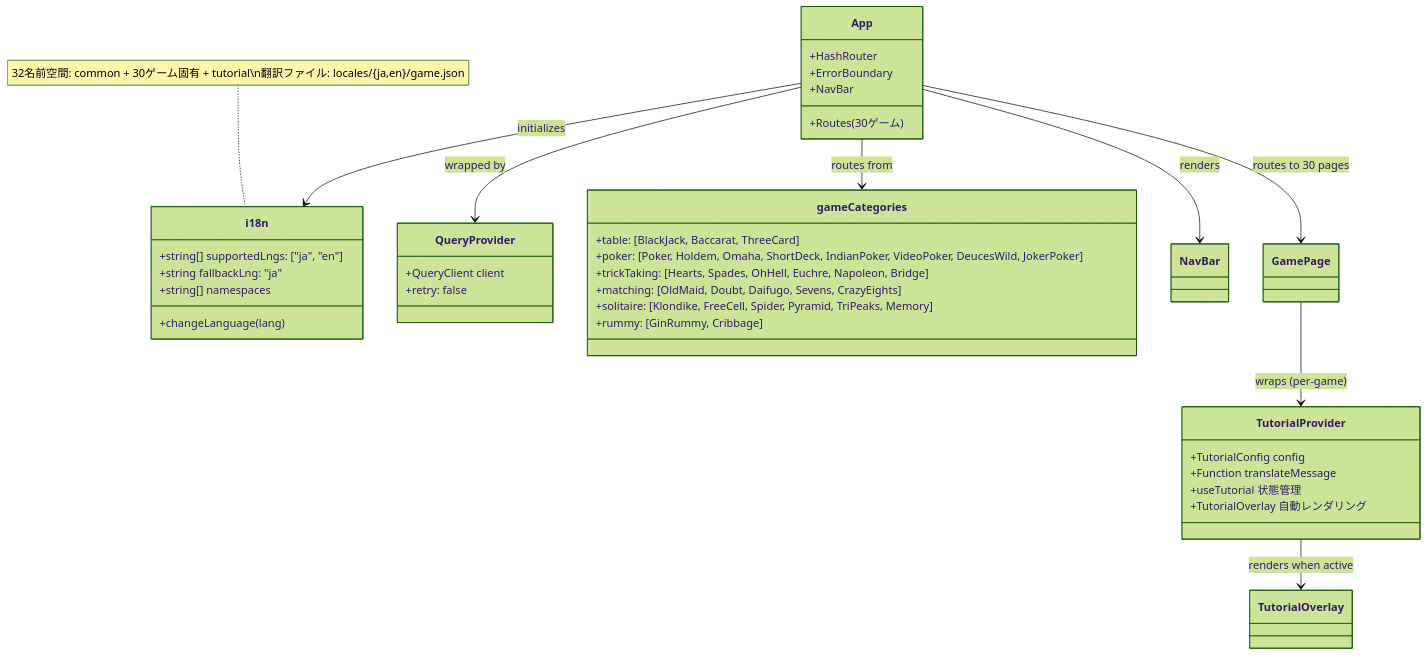
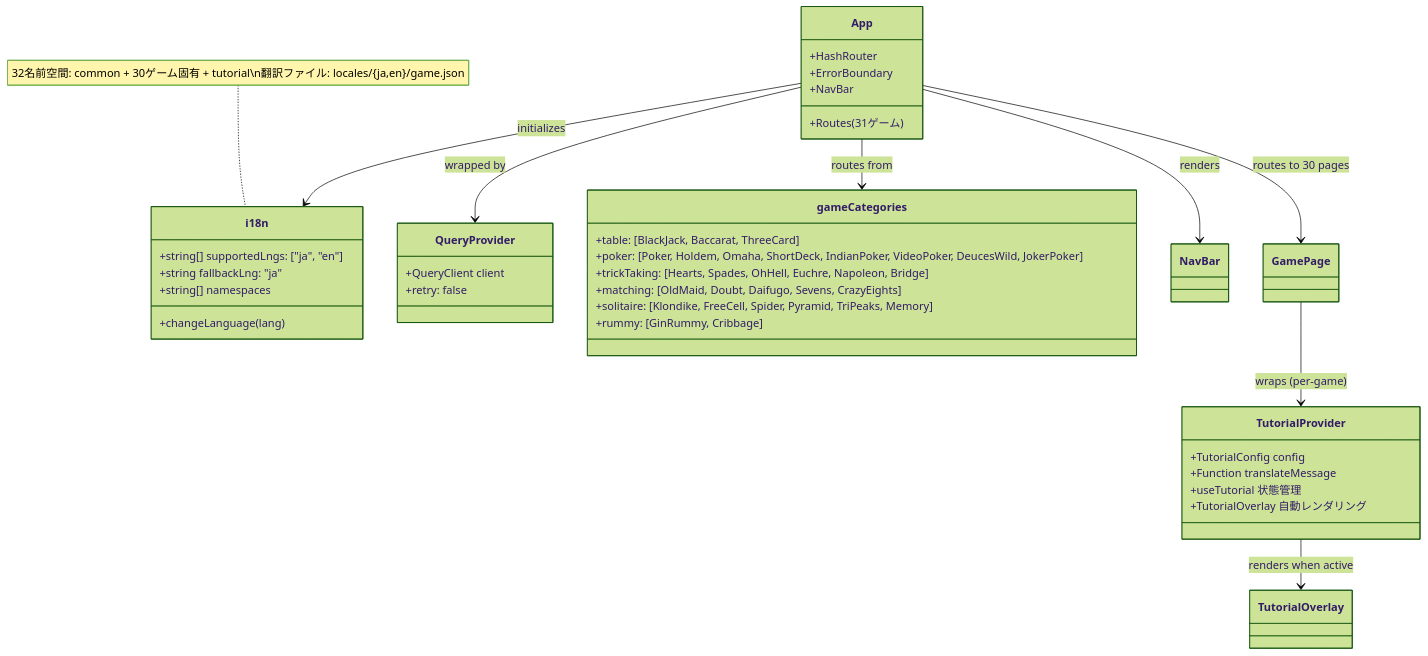
Before and after one commit to yuta-yoshinaga/go_trumpcards: the eighth of 22 diagrams in docs/design/frontend.md, drawn with Mermaid (forest theme). The commit also changed other lines of this file and 48 other files, not shown here.

````diff
--- a/docs/design/frontend.md
+++ b/docs/design/frontend.md
@@ -1009,47 +1020,47 @@
 ```mermaid
 classDiagram
     class i18n {
         +string[] supportedLngs: ["ja", "en"]
         +string fallbackLng: "ja"
         +string[] namespaces
         +changeLanguage(lang)
     }
 
     class QueryProvider {
         +QueryClient client
         +retry: false
     }
 
     class App {
         +HashRouter
         +ErrorBoundary
         +NavBar
-        +Routes (30ゲーム)
+        +Routes (31ゲーム)
     }
 
     class gameCategories {
         +table: [BlackJack, Baccarat, ThreeCard]
         +poker: [Poker, Holdem, Omaha, ShortDeck, IndianPoker, VideoPoker, DeucesWild, JokerPoker]
         +trickTaking: [Hearts, Spades, OhHell, Euchre, Napoleon, Bridge]
         +matching: [OldMaid, Doubt, Daifugo, Sevens, CrazyEights]
         +solitaire: [Klondike, FreeCell, Spider, Pyramid, TriPeaks, Memory]
         +rummy: [GinRummy, Cribbage]
     }
 
     class TutorialProvider {
         +TutorialConfig config
         +Function translateMessage
         +useTutorial 状態管理
         +TutorialOverlay 自動レンダリング
     }
 
     App --> QueryProvider : wrapped by
     App --> i18n : initializes
     App --> gameCategories : routes from
     App --> NavBar : renders
     App --> GamePage : routes to 30 pages
     GamePage --> TutorialProvider : wraps (per-game)
     TutorialProvider --> TutorialOverlay : renders when active
 
     note for i18n "32名前空間: common + 30ゲーム固有 + tutorial\n翻訳ファイル: locales/{ja,en}/game.json"
 ```
````
